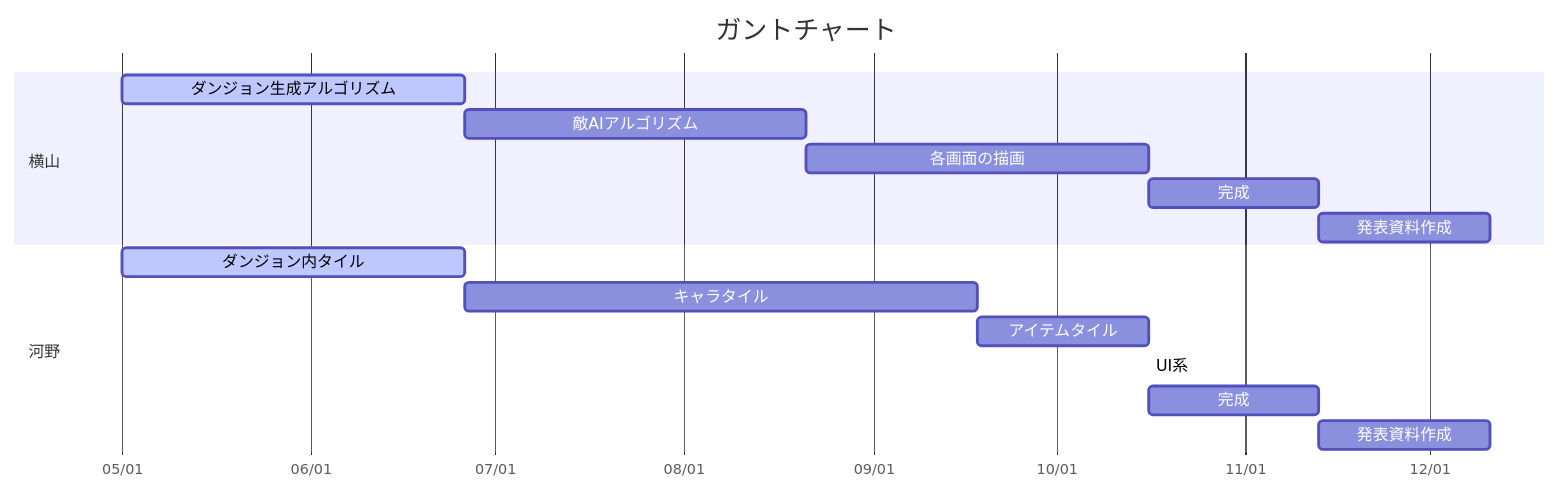
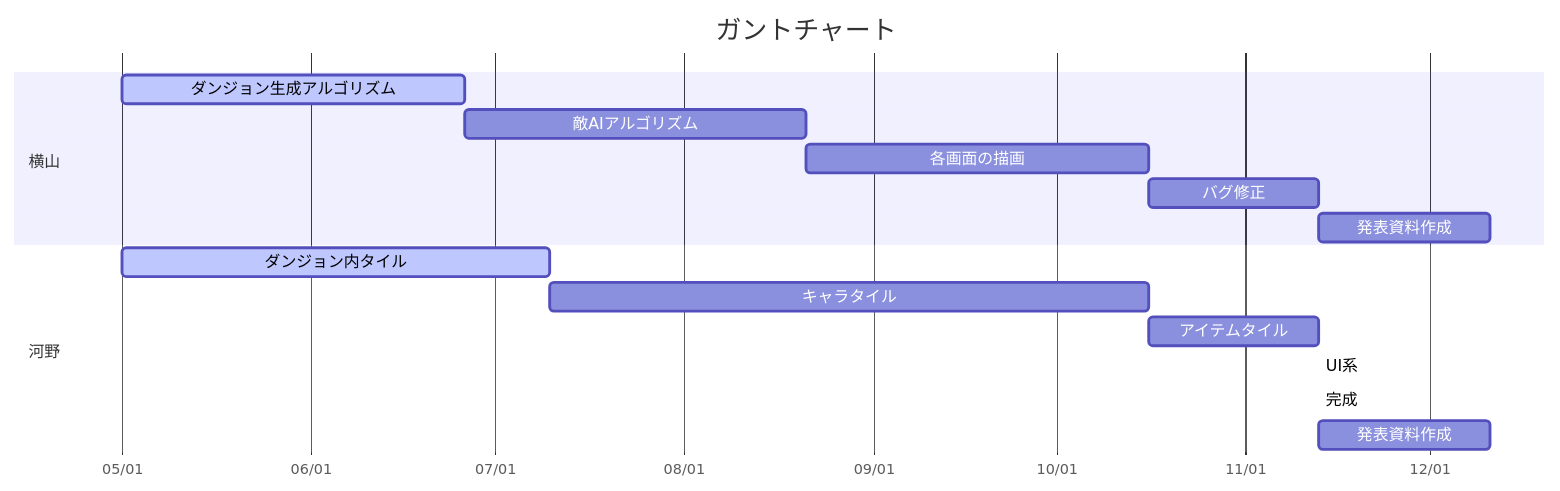
One commit to unchunks/Rogue changed the diagram in README.md. Above: the diagram before and after it, drawn with Mermaid.

````diff
--- a/README.md
+++ b/README.md
@@ -13,21 +13,21 @@
 ```mermaid
 gantt
 title ガントチャート
 dateFormat MM/DD
 axisFormat %m/%d
 
 section 横山
 ダンジョン生成アルゴリズム: active, y1, 05/01, 8w
 敵AIアルゴリズム: y2, after y1, 8w
 各画面の描画: y3, after y2, 8w
-完成: y4, after y3, 4w
+バグ修正: y4, after y3, 4w
 発表資料作成: after y4, 4w
 
 section 河野
-ダンジョン内タイル: active, k1, 05/01, 8w
-キャラタイル: k2, after k1, 12w
+ダンジョン内タイル: active, k1, 05/01, 10w
+キャラタイル: k2, after k1, 14w
 アイテムタイル: k3, after k2, 4w
 UI系: k4, after k3, 0w
-完成: k5, after k4, 4w
+完成: k5, after k4, 0w
 発表資料作成: after k5, 4w
 ```
````
